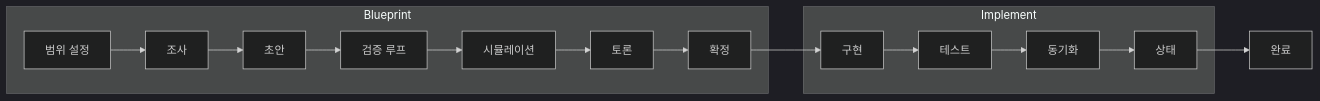
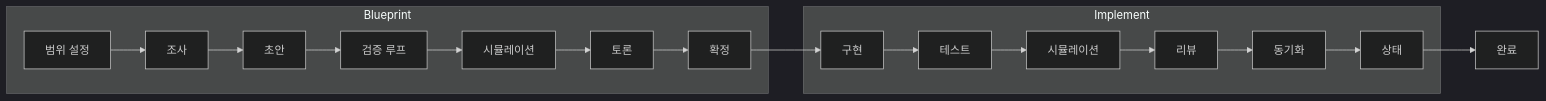
Before and after one commit to imtemp-dev/claude-forge: the first of 3 diagrams in README.ko.md, drawn with Mermaid (dark theme). The commit also changed other lines of this file and 3 other files, not shown here.

First line of the commit message:
Sync READMEs with vision/roadmap, review step, and CLI updates

````diff
--- a/README.ko.md
+++ b/README.ko.md
@@ -32,12 +32,12 @@
 ```mermaid
 flowchart LR
     subgraph Blueprint
         S["범위 설정"] --> R["조사"] --> D["초안"] --> V["검증 루프"]
         V --> SIM["시뮬레이션"] --> DB["토론"] --> F["확정"]
     end
     subgraph Implement
-        IMP["구현"] --> T["테스트"] --> SY["동기화"] --> ST["상태"]
+        IMP["구현"] --> T["테스트"] --> CSM["시뮬레이션"] --> RV["리뷰"] --> SY["동기화"] --> ST["상태"]
     end
     F --> IMP
     ST --> DONE["완료"]
 ```
````
